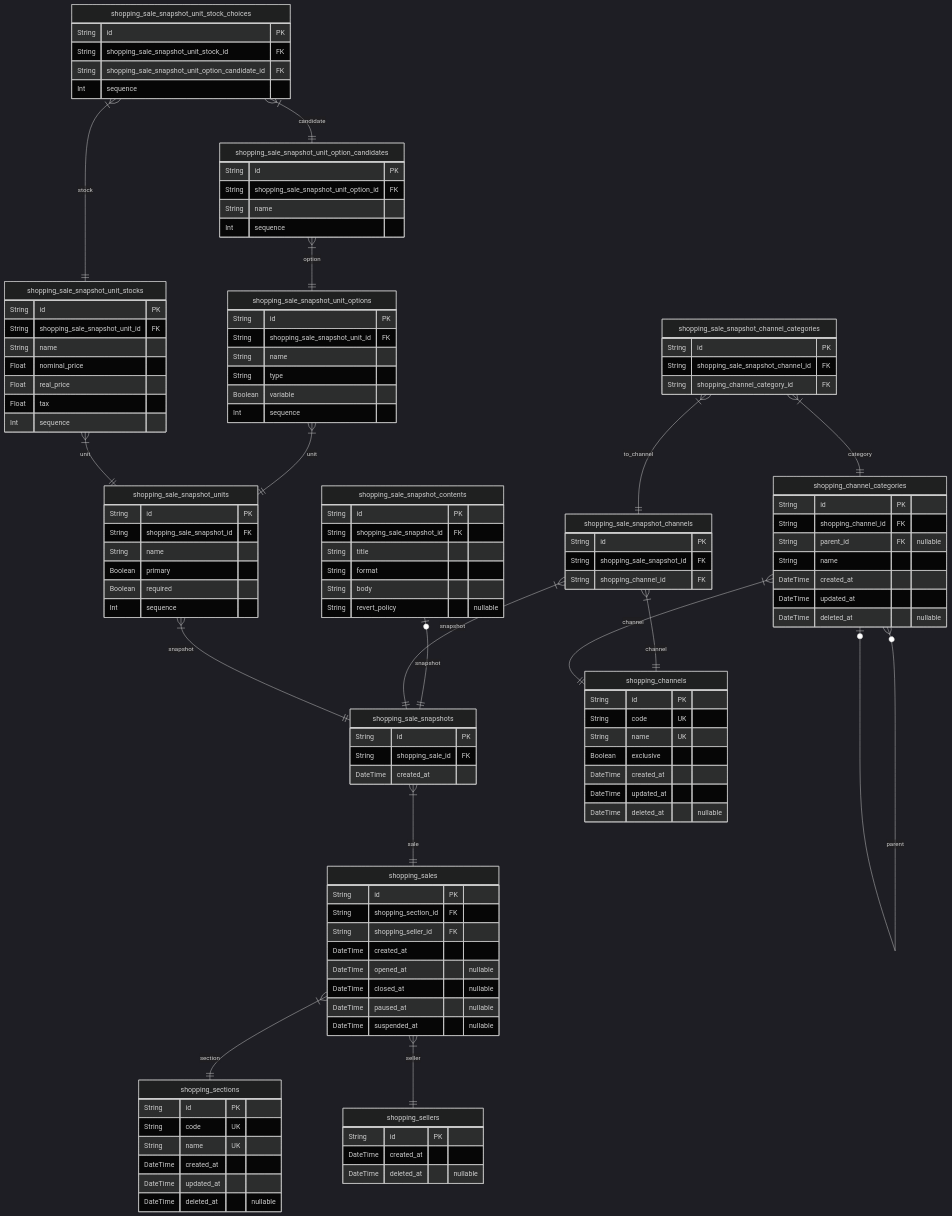
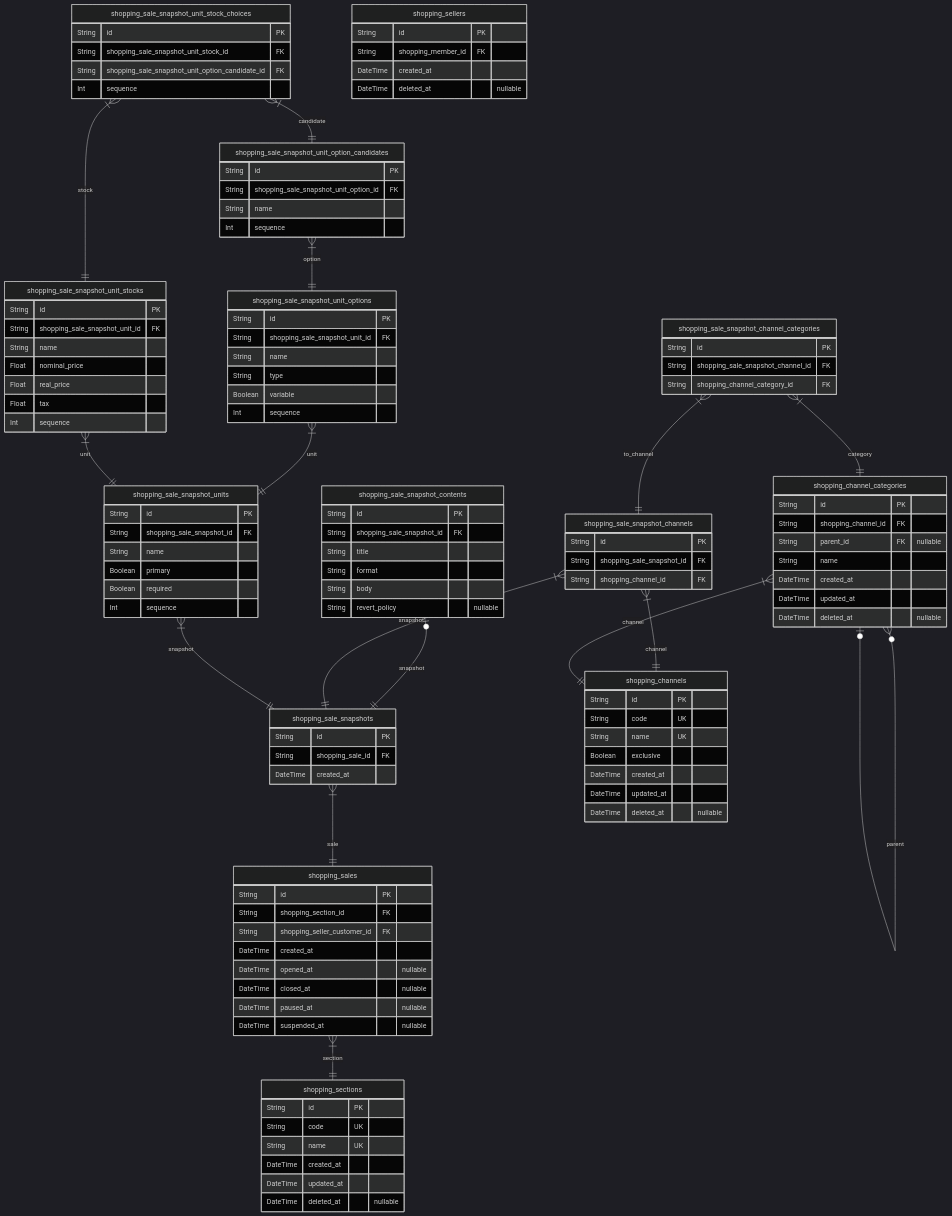
The fourth of 9 diagrams in ERD.md (samchon/prisma-markdown), drawn with Mermaid (dark theme) before and after one commit. The commit also changed other lines of this file and 1 other file, not shown here.

Commit message:
Enhance example schema

```diff
--- a/ERD.md
+++ b/ERD.md
@@ -704,7 +720,7 @@
 "shopping_sales" {
     String id PK
     String shopping_section_id FK
-    String shopping_seller_id FK
+    String shopping_seller_customer_id FK
     DateTime created_at
     DateTime opened_at "nullable"
     DateTime closed_at "nullable"
@@ -799,11 +815,11 @@
 }
 "shopping_sellers" {
     String id PK
+    String shopping_member_id FK
     DateTime created_at
     DateTime deleted_at "nullable"
 }
 "shopping_sales" }|--|| "shopping_sections" : section
-"shopping_sales" }|--|| "shopping_sellers" : seller
 "shopping_sale_snapshots" }|--|| "shopping_sales" : sale
 "shopping_sale_snapshot_contents" |o--|| "shopping_sale_snapshots" : snapshot
 "shopping_sale_snapshot_channels" }|--|| "shopping_sale_snapshots" : snapshot
```
